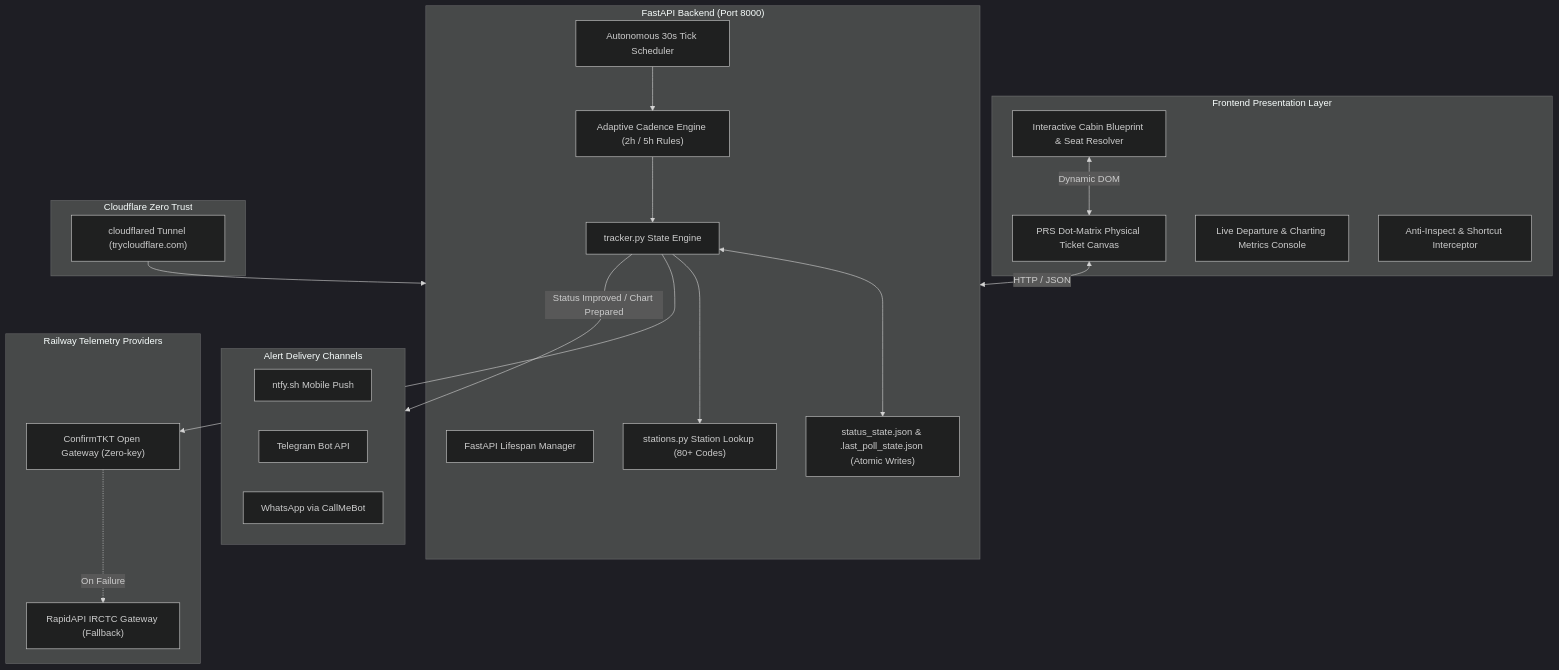
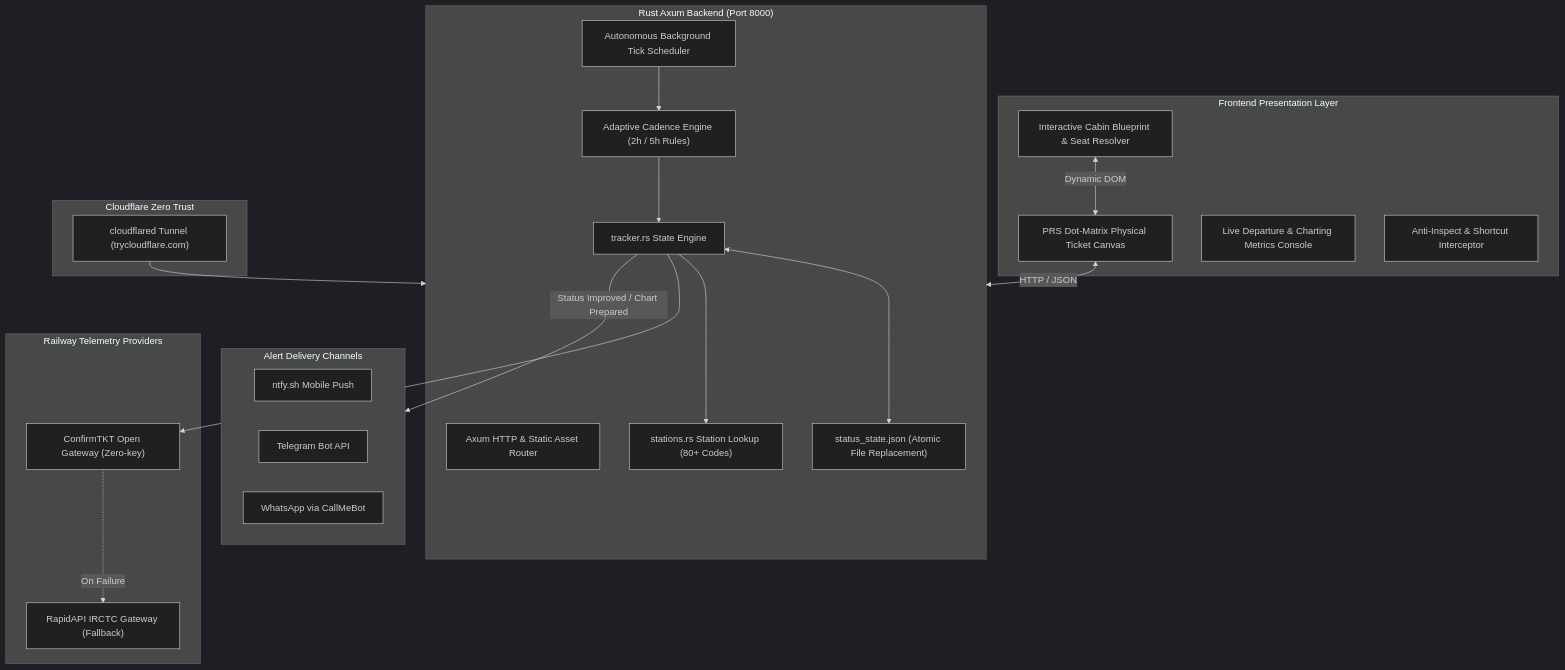
The diagram in README.md (imshivanshutiwari/irctc-pnr-notifier), drawn with Mermaid (dark theme) before and after one commit. The commit also changed other lines of this file and 23 other files, not shown here.

Commit message:
feat: migrate entire backend to high-performance Rust with Axum and adaptive cadence

````diff
--- a/README.md
+++ b/README.md
@@ -59,44 +60,44 @@
 ```mermaid
 flowchart TD
     subgraph Client["Frontend Presentation Layer"]
         UI["PRS Dot-Matrix Physical Ticket Canvas"]
         Blueprint["Interactive Cabin Blueprint & Seat Resolver"]
         TelematicsBar["Live Departure & Charting Metrics Console"]
         AntiInspect["Anti-Inspect & Shortcut Interceptor"]
     end
 
-    subgraph Server["FastAPI Backend (Port 8000)"]
-        Lifespan["FastAPI Lifespan Manager"]
+    subgraph Server["Rust Axum Backend (Port 8000)"]
+        AxumRouter["Axum HTTP & Static Asset Router"]
         Cadence["Adaptive Cadence Engine (2h / 5h Rules)"]
-        Daemon["Autonomous 30s Tick Scheduler"]
-        Tracker["tracker.py State Engine"]
-        StationDB["stations.py Station Lookup (80+ Codes)"]
-        Persistence["status_state.json & .last_poll_state.json (Atomic Writes)"]
+        Daemon["Autonomous Background Tick Scheduler"]
+        Tracker["tracker.rs State Engine"]
+        StationDB["stations.rs Station Lookup (80+ Codes)"]
+        Persistence["status_state.json (Atomic File Replacement)"]
     end
 
     subgraph Gateways["Railway Telemetry Providers"]
         PrimaryGW["ConfirmTKT Open Gateway (Zero-key)"]
         FallbackGW["RapidAPI IRCTC Gateway (Fallback)"]
     end
 
     subgraph Dispatch["Alert Delivery Channels"]
         ntfy["ntfy.sh Mobile Push"]
         TG["Telegram Bot API"]
         WA["WhatsApp via CallMeBot"]
     end
 
     subgraph Edge["Cloudflare Zero Trust"]
         CFTunnel["cloudflared Tunnel (trycloudflare.com)"]
     end
 
     UI <-->|HTTP / JSON| Server
     Blueprint <-->|Dynamic DOM| UI
     CFTunnel --> Server
     Daemon --> Cadence
     Cadence --> Tracker
     Tracker <--> Persistence
     Tracker --> StationDB
     Tracker --> PrimaryGW
     PrimaryGW -.->|On Failure| FallbackGW
     Tracker -->|Status Improved / Chart Prepared| Dispatch
 ```
````
